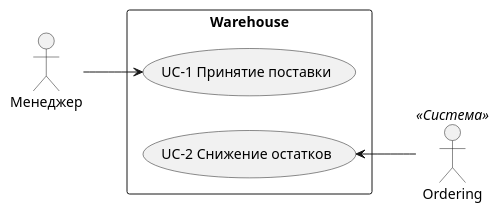
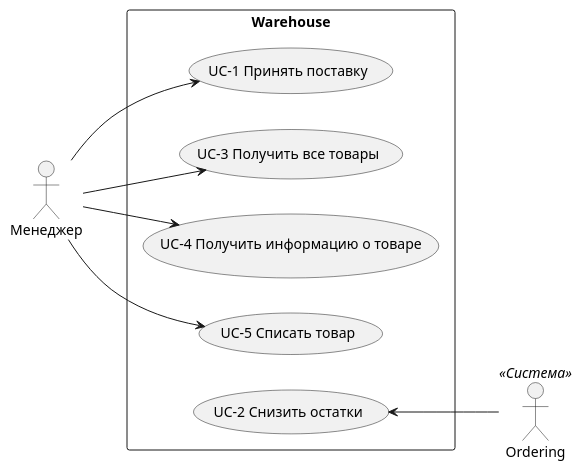
One commit to gerzhan/knigaexpert-system-design changed the third of 3 diagrams in services/warehouse/README.md. Above: the diagram before and after it, drawn with PlantUML. The commit also changed other lines of this file and 4 other files, not shown here.

````diff
--- a/services/warehouse/README.md
+++ b/services/warehouse/README.md
@@ -80,19 +80,28 @@
 ```plantuml
 left to right direction
 skinparam packageStyle rectangle
 
 actor Менеджер as manager
 actor Ordering as ordering << Система >>
 
 rectangle Warehouse {
-  usecase (UC-1 Принятие поставки) as UC1
-  usecase (UC-2 Снижение остатков) as UC2
+  usecase (UC-1 Принять поставку) as UC1
+  usecase (UC-3 Получить все товары) as UC2
+  usecase (UC-4 Получить информацию о товаре) as UC3
+  usecase (UC-5 Списать товар) as UC4
+  usecase (UC-2 Снизить остатки) as UC5
 
   url of UC1 is [[use-cases/uc-1.md]]
   url of UC2 is [[use-cases/uc-2.md]]
+  url of UC3 is [[use-cases/uc-3.md]]
+  url of UC4 is [[use-cases/uc-4.md]]
+  url of UC5 is [[use-cases/uc-5.md]]
 }
 
 manager --> UC1
+manager --> UC2
+manager --> UC3
+manager --> UC4
 
-UC2<-- ordering
+UC5<-- ordering
 ```
````
